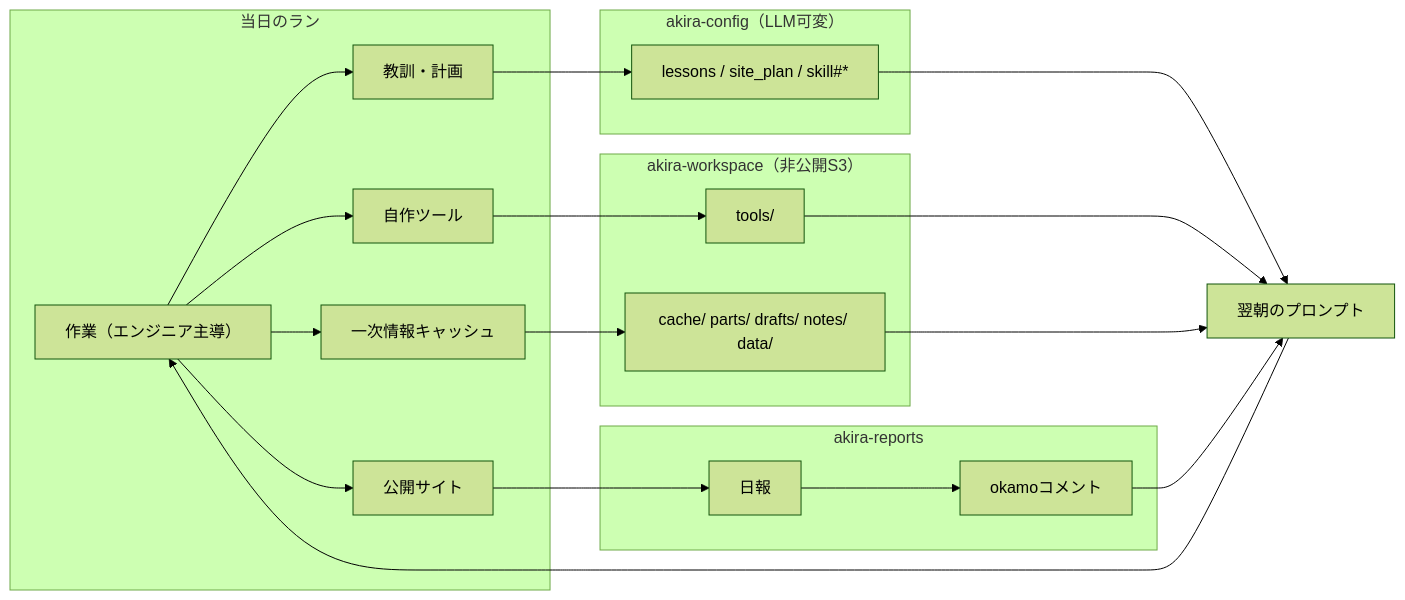
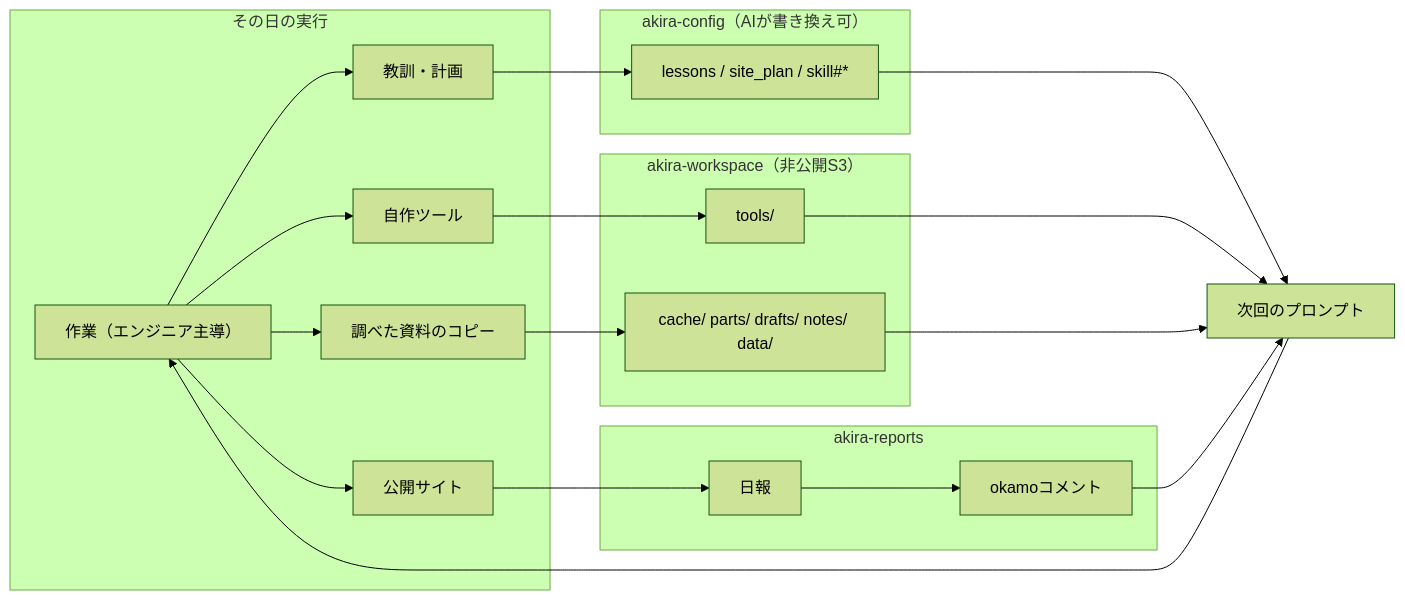
One commit to okamoto53515606/akira changed the second of 2 diagrams in docs/self-improvement-loop.md. Above: the diagram before and after it, drawn with Mermaid (forest theme). The commit also changed other lines of this file and 120 other files, not shown here.

````diff
--- a/docs/self-improvement-loop.md
+++ b/docs/self-improvement-loop.md
@@ -67,25 +98,25 @@
 ```mermaid
 flowchart LR
-  subgraph D["当日のラン"]
+  subgraph D["その日の実行"]
     W["作業（エンジニア主導）"] --> P["公開サイト"]
     W --> L["教訓・計画"]
     W --> T["自作ツール"]
-    W --> C["一次情報キャッシュ"]
+    W --> C["調べた資料のコピー"]
   end
-  subgraph A["akira-config（LLM可変）"]
+  subgraph A["akira-config（AIが書き換え可）"]
     L --> LS["lessons / site_plan / skill#*"]
   end
   subgraph B["akira-workspace（非公開S3）"]
     T --> BT["tools/"]
     C --> BC["cache/ parts/ drafts/ notes/ data/"]
   end
   subgraph H["akira-reports"]
     P --> RP["日報"]
     RP --> K["okamoコメント"]
   end
-  LS --> N["翌朝のプロンプト"]
+  LS --> N["次回のプロンプト"]
   BT --> N
   BC --> N
   K --> N
   N --> W
 ```
````
